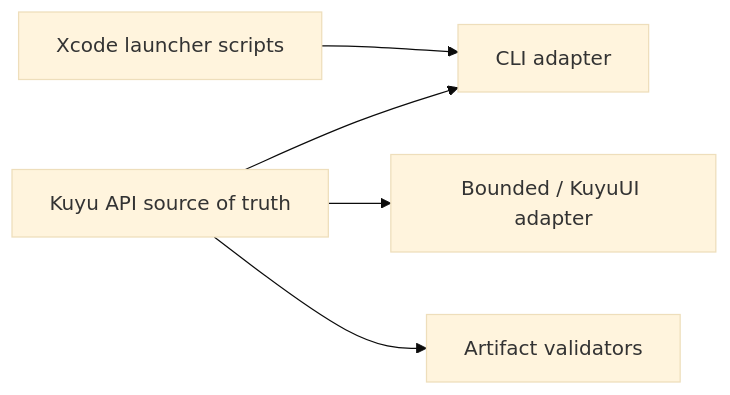
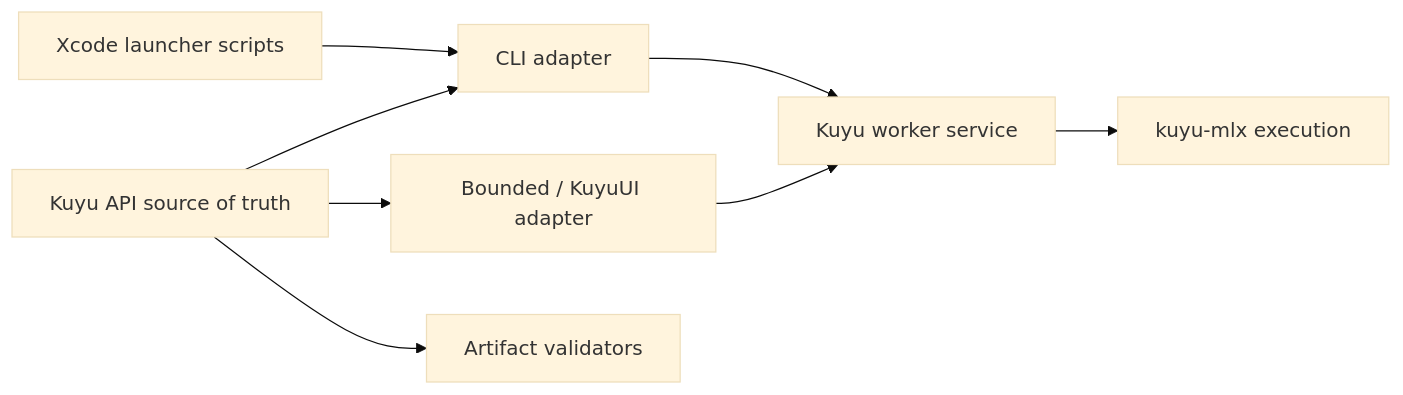
One commit to 1amageek/kuyu changed the diagram in README.md. Above: the diagram before and after it, drawn with Mermaid (base theme). The commit also changed other lines of this file and 148 other files, not shown here.

````diff
--- a/README.md
+++ b/README.md
@@ -40,7 +42,10 @@
 ```mermaid
 flowchart LR
   A["Kuyu API source of truth"] --> B["CLI adapter"]
   A --> C["Bounded / KuyuUI adapter"]
   A --> D["Artifact validators"]
+  B --> W["Kuyu worker service"]
+  C --> W
+  W --> M["kuyu-mlx execution"]
   E["Xcode launcher scripts"] --> B
 ```
````
